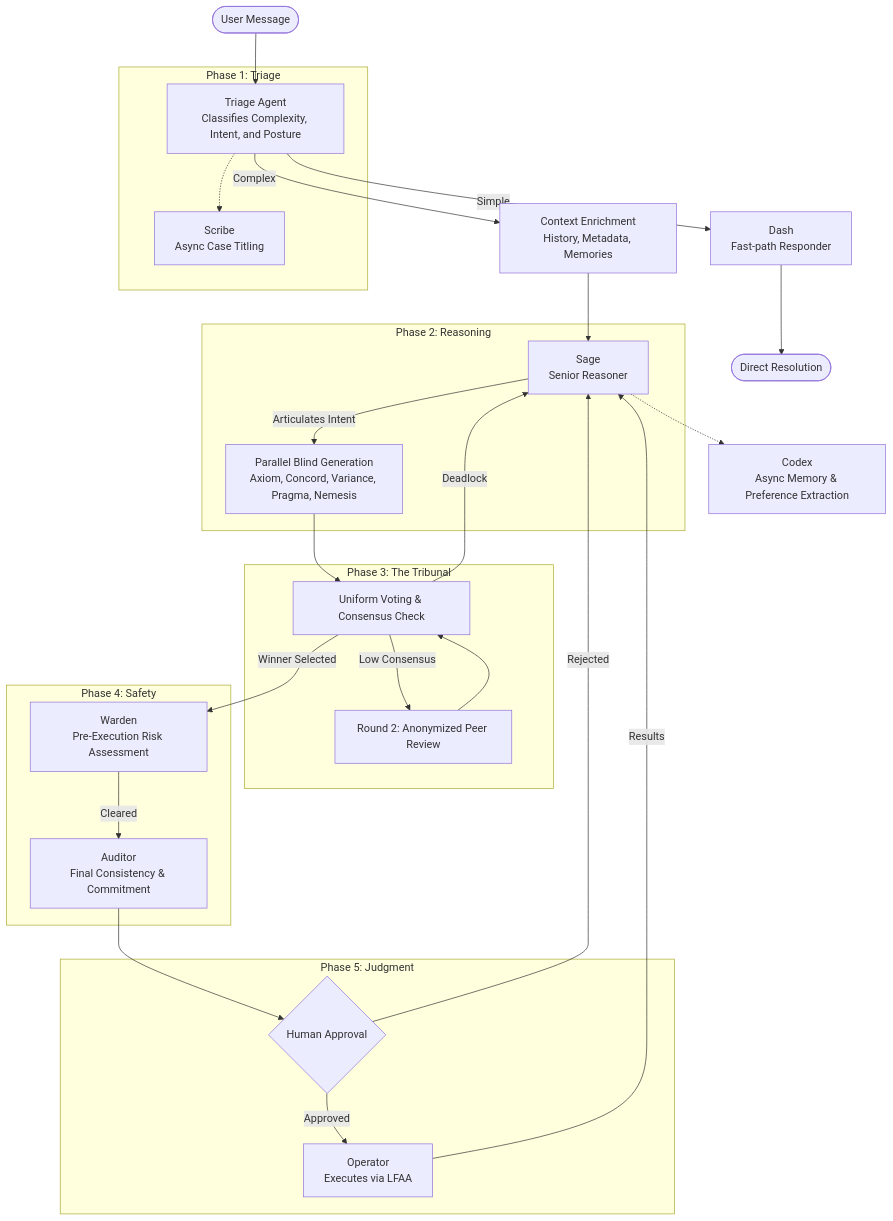
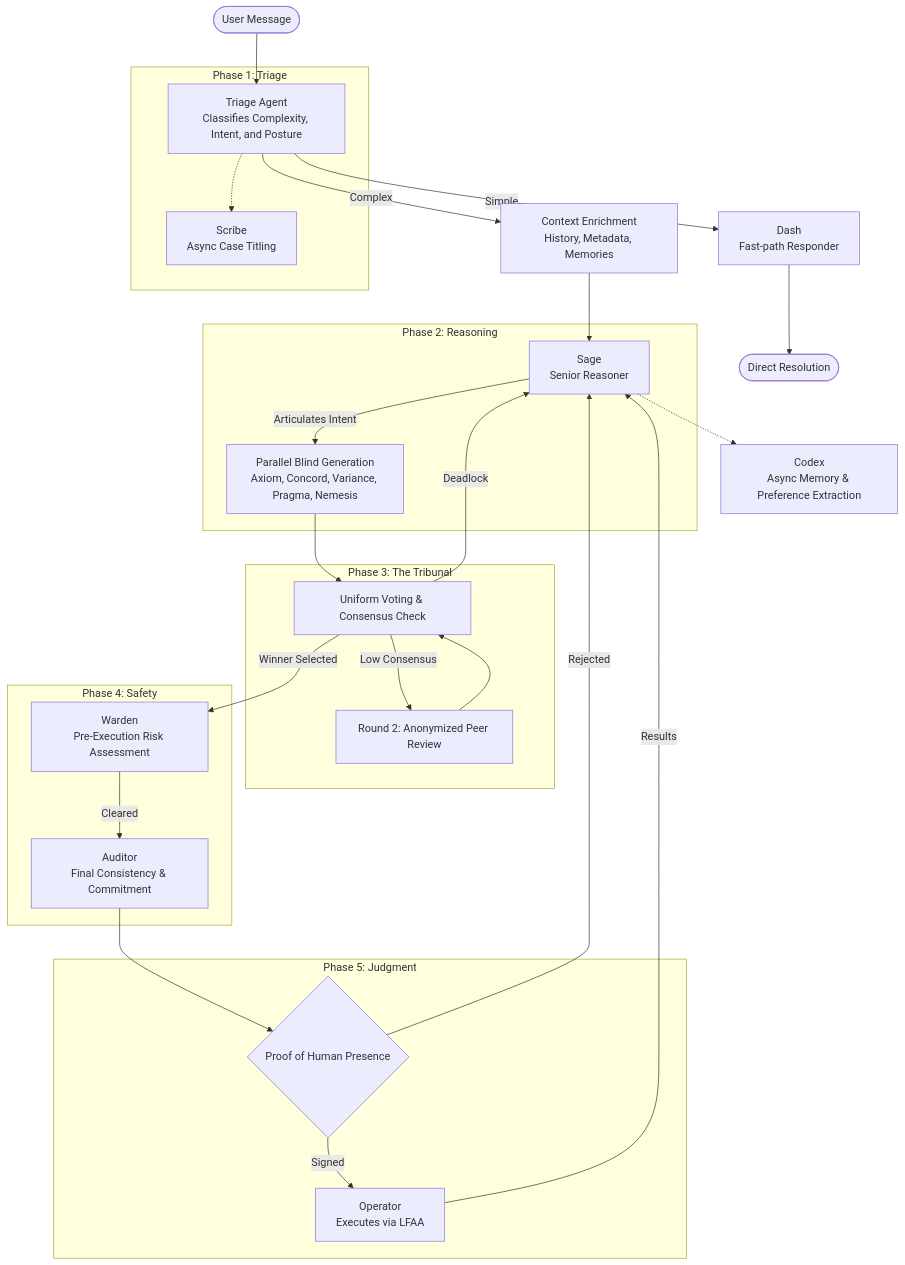
Before and after one commit to g8e-ai/g8e: the first of 2 diagrams in README.md, drawn with Mermaid. The commit also changed other lines of this file and 427 other files, not shown here.

First line of the commit message:
v0.2.0 - Protobuf-First Architecture + L1/L2/L3 Governance + Recursive Grep Tool + Tribunal 2.0 Pipeline (#45)

````diff
--- a/README.md
+++ b/README.md
@@ -53,47 +48,47 @@
 ```mermaid
 flowchart TD
     User([User Message]) --> Triage
 
     subgraph Phase_1 [Phase 1: Triage]
         Triage[Triage Agent<br>Classifies Complexity, Intent, and Posture]
         Scribe[Scribe<br>Async Case Titling]
         Triage -.-> Scribe
     end
 
     Triage -- "Simple" --> Dash[Dash<br>Fast-path Responder]
     Dash --> Output([Direct Resolution])
 
     Triage -- "Complex" --> Context[Context Enrichment<br>History, Metadata, Memories]
     Context --> Sage[Sage<br>Senior Reasoner]
 
     Codex[Codex<br>Async Memory & Preference Extraction]
     Sage -.-> Codex
 
     subgraph Phase_2 [Phase 2: Reasoning]
         Sage -- "Articulates Intent" --> Tribunal
     end
 
     subgraph Phase_3 [Phase 3: The Tribunal]
         Tribunal[Parallel Blind Generation<br>Axiom, Concord, Variance, Pragma, Nemesis]
         Tribunal --> Consensus[Uniform Voting & Consensus Check]
         Consensus -- "Low Consensus" --> R2[Round 2: Anonymized Peer Review]
         R2 --> Consensus
         Consensus -- "Deadlock" --> Sage
     end
 
     Consensus -- "Winner Selected" --> Warden
 
     subgraph Phase_4 [Phase 4: Safety]
         Warden[Warden<br>Pre-Execution Risk Assessment]
         Warden -- "Cleared" --> Auditor
     end
 
     subgraph Phase_5 [Phase 5: Judgment]
         Auditor[Auditor<br>Final Consistency & Commitment]
-        Auditor --> Human{Human Approval}
-        Human -- "Approved" --> Operator[Operator<br>Executes via LFAA]
+        Auditor --> PHP{Proof of Human Presence}
+        PHP -- "Signed" --> Operator[Operator<br>Executes via LFAA]
         Operator -- "Results" --> Sage
     end
 
-    Human -- "Rejected" --> Sage
+    PHP -- "Rejected" --> Sage
 ```
````
